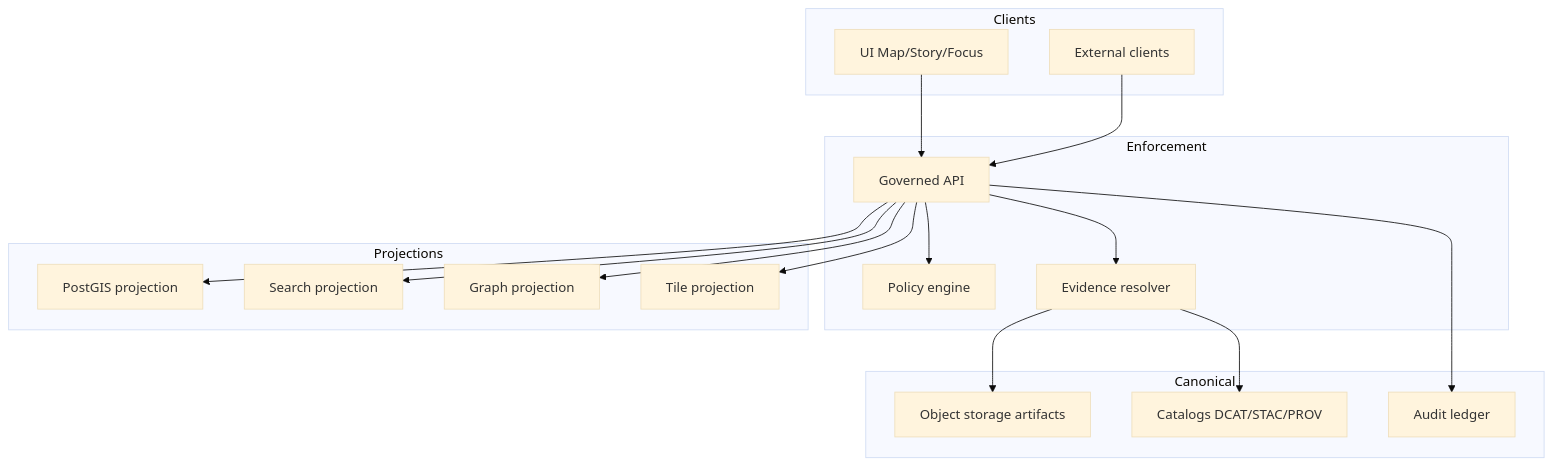
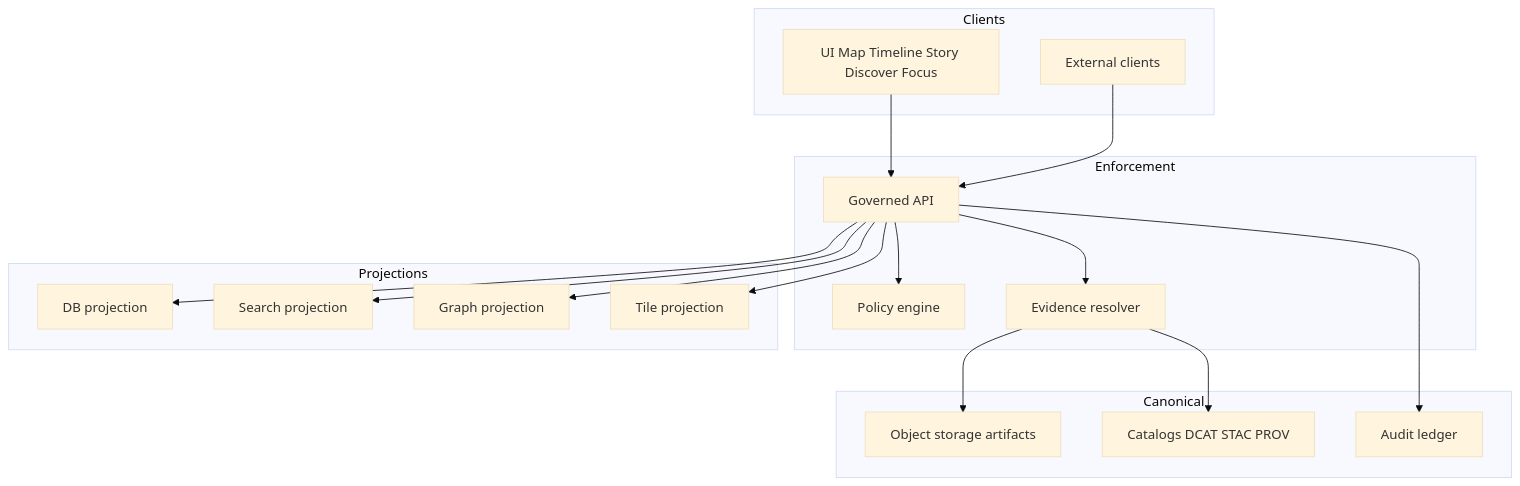
Before and after one commit to bartytime4life/Kansas-Frontier-Matrix: the second of 3 diagrams in README.md, drawn with Mermaid (base theme). The commit also changed other lines of this file, not shown here.

````diff
--- a/README.md
+++ b/README.md
@@ -134,38 +280,38 @@
-```mermaid
+~~~mermaid
 flowchart TB
   subgraph Clients
-    UI[UI Map/Story/Focus]
+    UI[UI Map Timeline Story Discover Focus]
     EXT[External clients]
   end
 
   subgraph Enforcement
     API[Governed API]
     POL[Policy engine]
     EV[Evidence resolver]
   end
 
   subgraph Canonical
     OBJ[Object storage artifacts]
-    CAT[Catalogs DCAT/STAC/PROV]
+    CAT[Catalogs DCAT STAC PROV]
     AUD[Audit ledger]
   end
 
   subgraph Projections
-    DB[PostGIS projection]
+    DB[DB projection]
     SRCH[Search projection]
     GR[Graph projection]
     TL[Tile projection]
   end
 
   UI --> API
   EXT --> API
   API --> POL
   API --> EV
   EV --> CAT
   EV --> OBJ
   API --> DB
   API --> SRCH
   API --> GR
   API --> TL
   API --> AUD
-```
+~~~
````
